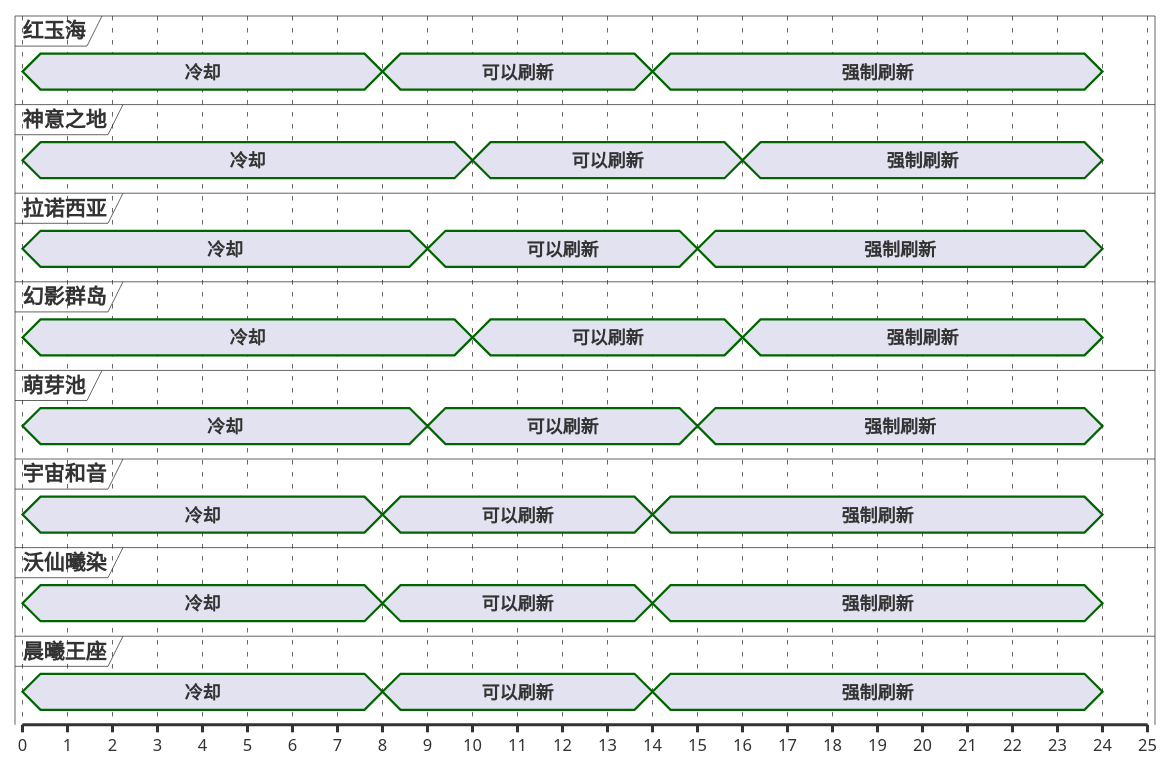
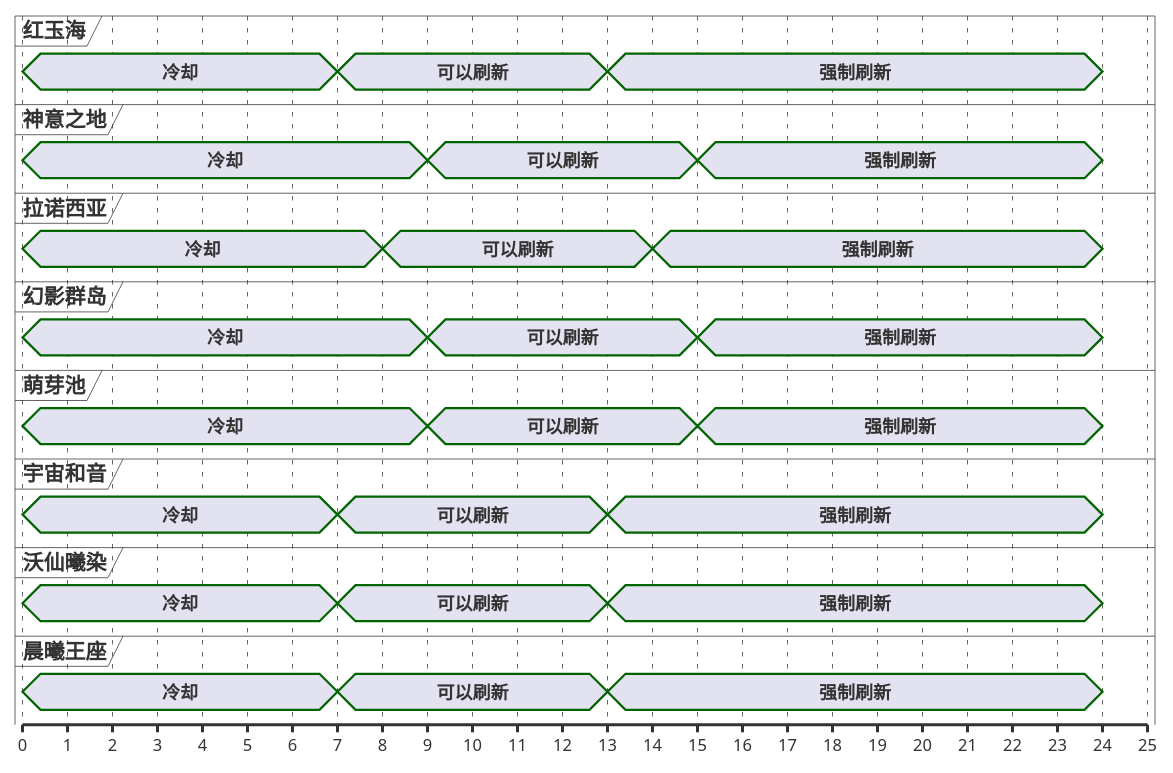
The first of 13 diagrams in ffxiv/hunt/2.0/Minhocao.md (Eroleice/doc-pi), drawn with PlantUML before and after one commit. The commit also changed other lines of this file and 38 other files, not shown here.

````diff
--- a/ffxiv/hunt/2.0/Minhocao.md
+++ b/ffxiv/hunt/2.0/Minhocao.md
@@ -33,63 +33,63 @@
 ```plantuml
 @startuml
 scale 1 as 30 pixels
 
 concise 红玉海
 concise 神意之地
 concise 拉诺西亚
 concise 幻影群岛
 concise 萌芽池
 concise 宇宙和音
 concise 沃仙曦染
 concise 晨曦王座
 
 @红玉海
 0 is 冷却
-8 is 可以刷新
-14 is 强制刷新
+7 is 可以刷新
+13 is 强制刷新
 24 is {hidden}
 
 @沃仙曦染
 0 is 冷却
-8 is 可以刷新
-14 is 强制刷新
+7 is 可以刷新
+13 is 强制刷新
 24 is {hidden}
 
 @宇宙和音
 0 is 冷却
-8 is 可以刷新
-14 is 强制刷新
+7 is 可以刷新
+13 is 强制刷新
 24 is {hidden}
 
 @晨曦王座
 0 is 冷却
-8 is 可以刷新
-14 is 强制刷新
+7 is 可以刷新
+13 is 强制刷新
 24 is {hidden}
 
 @拉诺西亚
 0 is 冷却
-9 is 可以刷新
-15 is 强制刷新
+8 is 可以刷新
+14 is 强制刷新
 24 is {hidden}
 
 @萌芽池
 0 is 冷却
 9 is 可以刷新
 15 is 强制刷新
 24 is {hidden}
 
 @神意之地
 0 is 冷却
-10 is 可以刷新
-16 is 强制刷新
+9 is 可以刷新
+15 is 强制刷新
 24 is {hidden}
 
 @幻影群岛
 0 is 冷却
-10 is 可以刷新
-16 is 强制刷新
+9 is 可以刷新
+15 is 强制刷新
 24 is {hidden}
 
 @enduml
 ```
````
